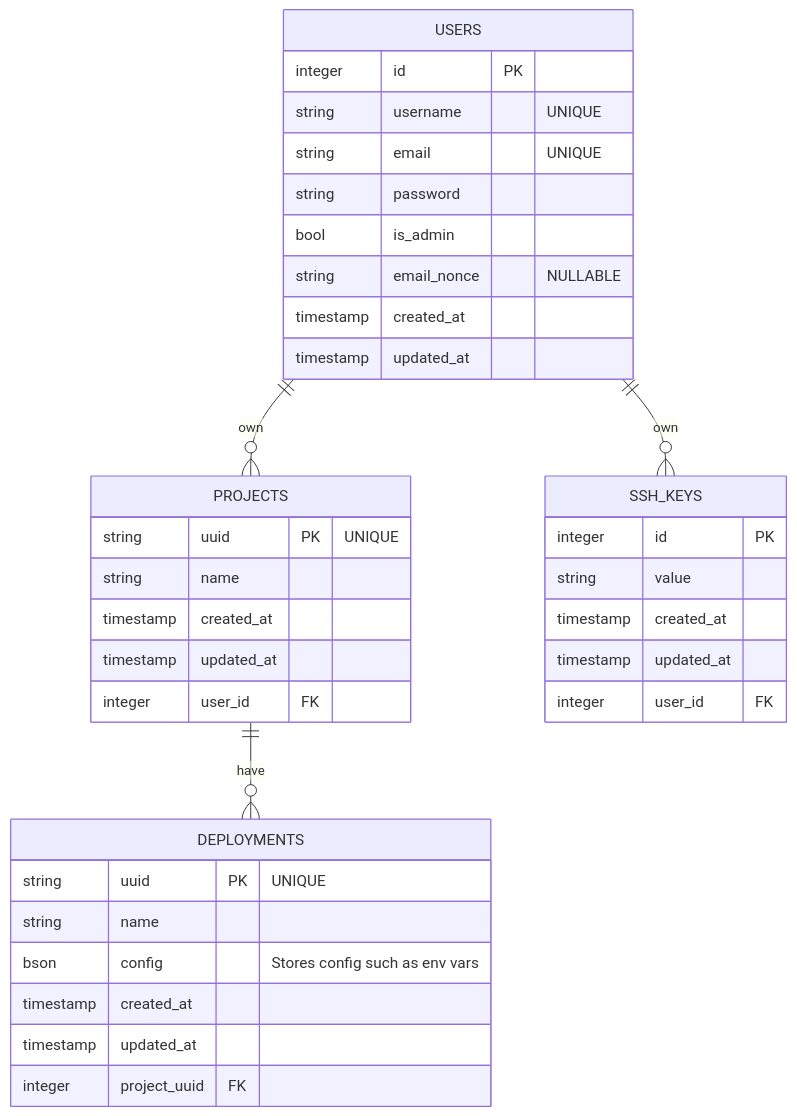
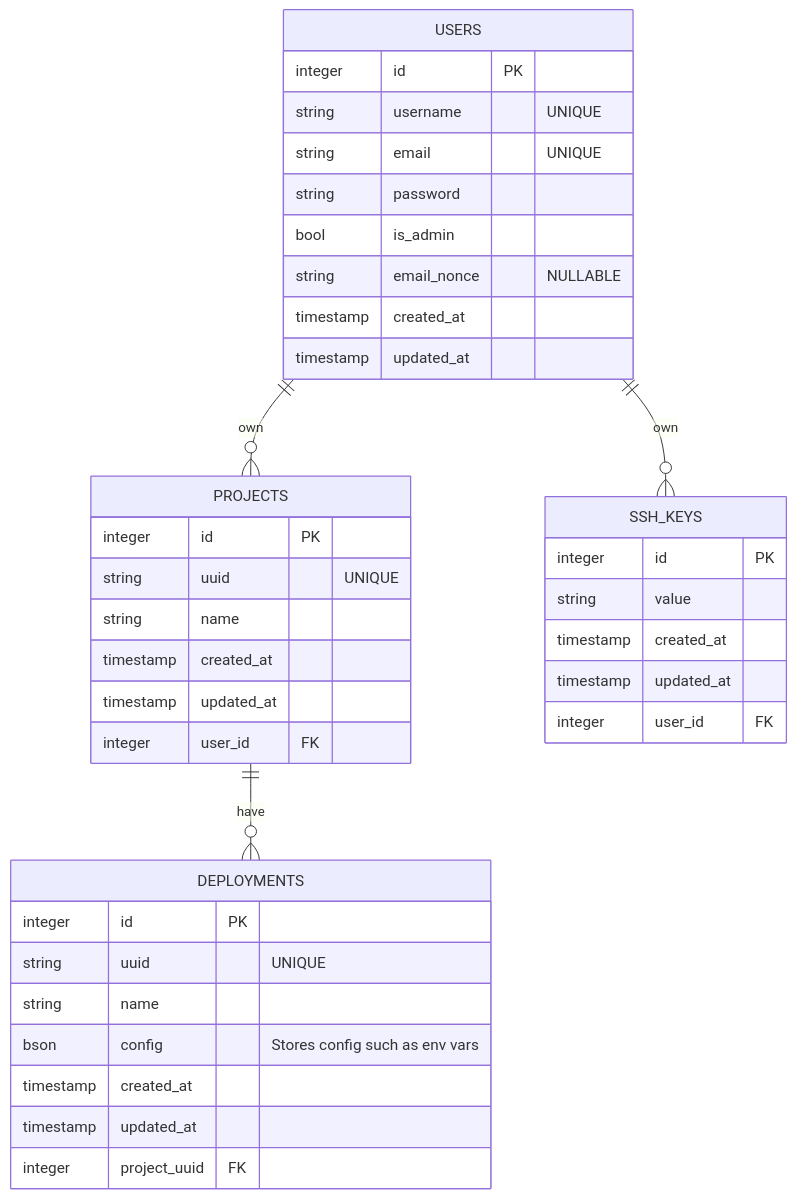
The diagram in README.md (paastech-cloud/docs), drawn with Mermaid before and after one commit.

Commit message:
docs: use sequential id as primary key instead of uuid (#1)

````diff
--- a/README.md
+++ b/README.md
@@ -5,38 +5,40 @@
 ```mermaid
 erDiagram
     USERS ||--o{ PROJECTS : own
     USERS ||--o{ SSH_KEYS : own
     PROJECTS ||--o{ DEPLOYMENTS : have
     USERS {
         integer id PK
         string username "UNIQUE"
         string email "UNIQUE"
         string password
         bool is_admin
         string email_nonce "NULLABLE"
         timestamp created_at
         timestamp updated_at
     }
     SSH_KEYS {
         integer id PK
         string value
         timestamp created_at
         timestamp updated_at
         integer user_id FK
     }
     PROJECTS {
-        string uuid PK "UNIQUE"
+        integer id PK
+        string uuid "UNIQUE"
         string name
         timestamp created_at
         timestamp updated_at
         integer user_id FK
     }
     DEPLOYMENTS {
-        string uuid PK "UNIQUE"
+        integer id PK
+        string uuid "UNIQUE"
         string name
         bson config "Stores config such as env vars"
         timestamp created_at
         timestamp updated_at
         integer project_uuid FK
     }
 ```
````
